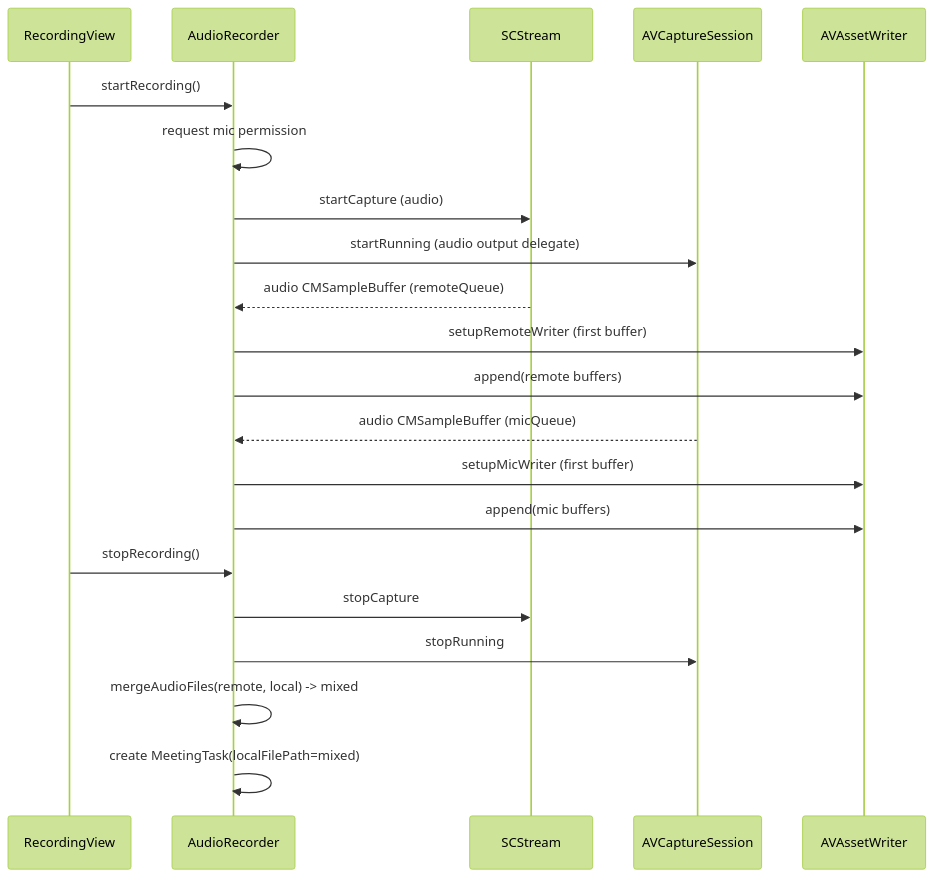
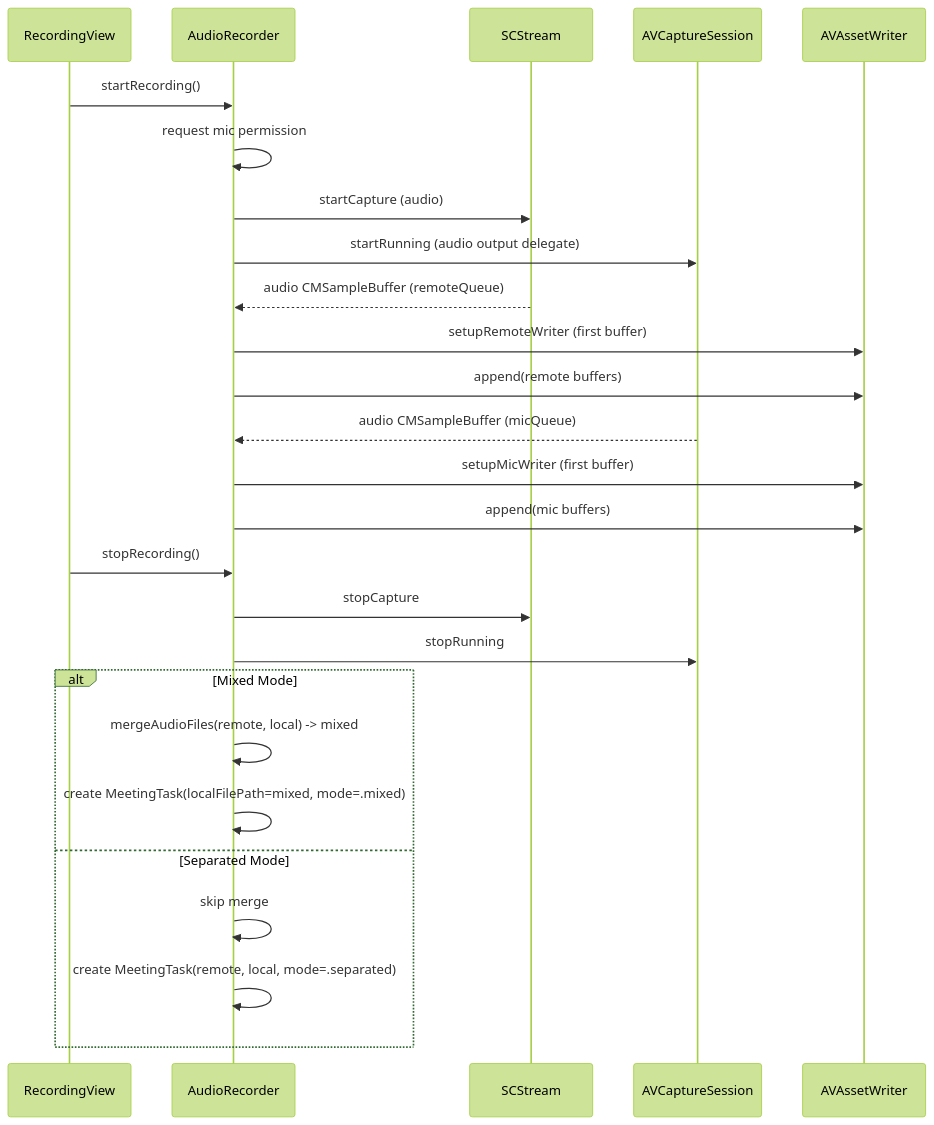
One commit to MasamiYui/wechat-voice-ai-recorder changed the diagram in doc/02-audio-capture-and-merge.md. Above: the diagram before and after it, drawn with Mermaid (forest theme). The commit also changed other lines of this file and 9 other files, not shown here.

````diff
--- a/doc/02-audio-capture-and-merge.md
+++ b/doc/02-audio-capture-and-merge.md
@@ -31,24 +39,30 @@
 ```mermaid
 sequenceDiagram
   participant UI as RecordingView
   participant AR as AudioRecorder
   participant SCK as SCStream
   participant AVC as AVCaptureSession
   participant AW as AVAssetWriter
 
   UI->>AR: startRecording()
   AR->>AR: request mic permission
   AR->>SCK: startCapture (audio)
   AR->>AVC: startRunning (audio output delegate)
   SCK-->>AR: audio CMSampleBuffer (remoteQueue)
   AR->>AW: setupRemoteWriter (first buffer)
   AR->>AW: append(remote buffers)
   AVC-->>AR: audio CMSampleBuffer (micQueue)
   AR->>AW: setupMicWriter (first buffer)
   AR->>AW: append(mic buffers)
   UI->>AR: stopRecording()
   AR->>SCK: stopCapture
   AR->>AVC: stopRunning
-  AR->>AR: mergeAudioFiles(remote, local) -> mixed
-  AR->>AR: create MeetingTask(localFilePath=mixed)
+  
+  alt Mixed Mode
+    AR->>AR: mergeAudioFiles(remote, local) -> mixed
+    AR->>AR: create MeetingTask(localFilePath=mixed, mode=.mixed)
+  else Separated Mode
+    AR->>AR: skip merge
+    AR->>AR: create MeetingTask(remote, local, mode=.separated)
+  end
 ```
````
